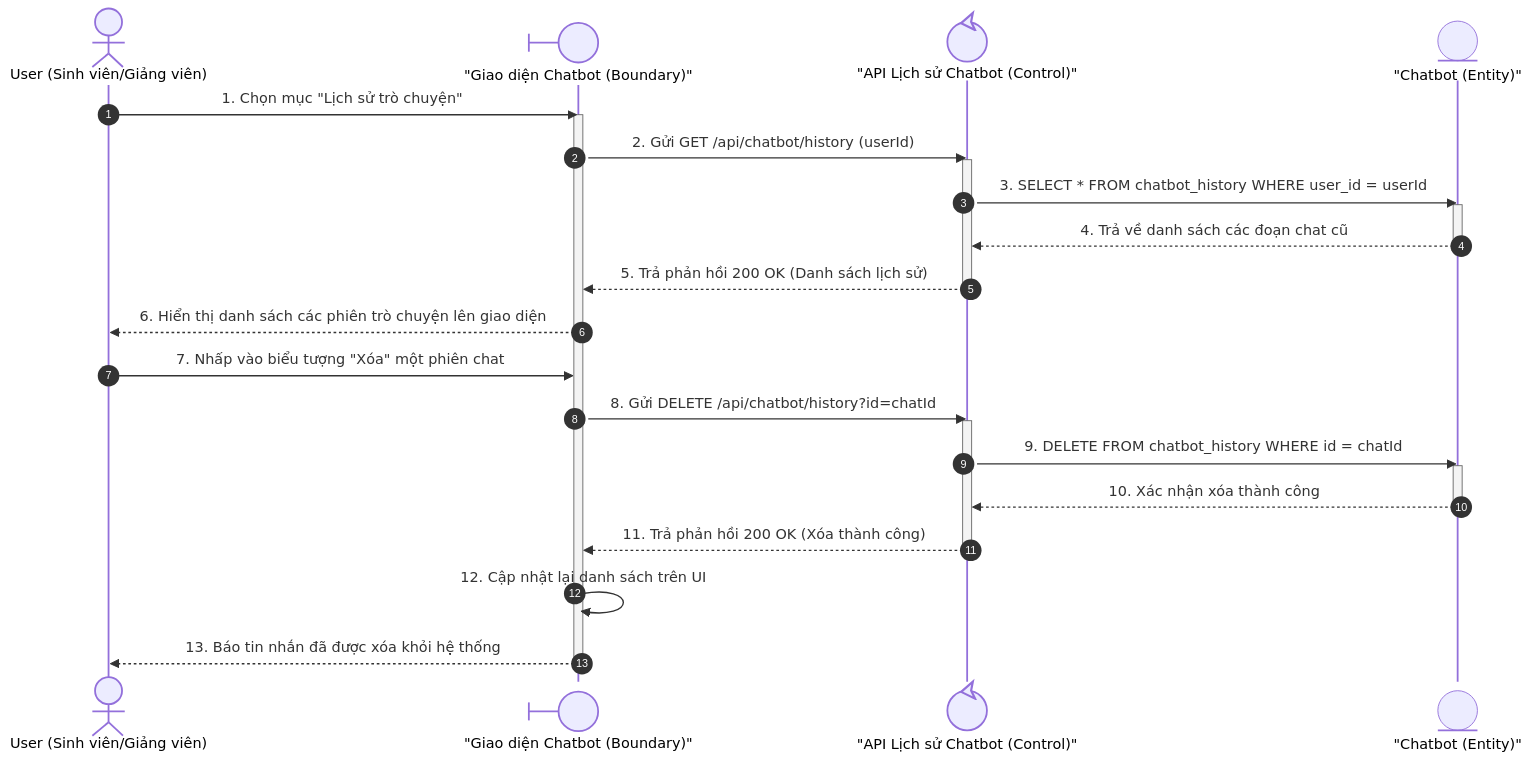
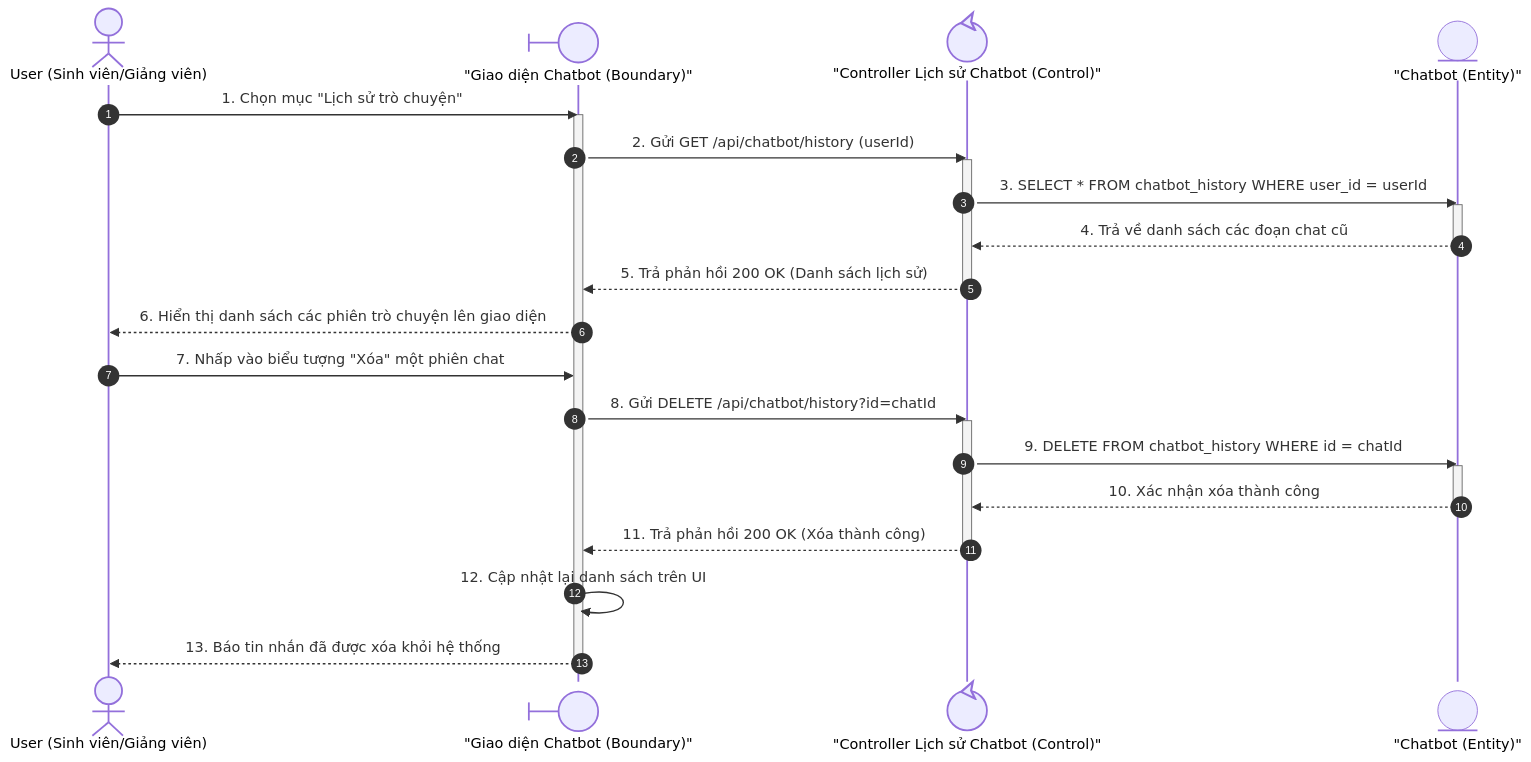
One commit to vietcuong2004/DATN_TLUDOC changed the fifth of 13 diagrams in Cuong_Documents/BaoVeDoAn/Diagram/SequenceDiagrams.md. Above: the diagram before and after it, drawn with Mermaid. The commit also changed other lines of this file and 11 other files, not shown here.

````diff
--- a/Cuong_Documents/BaoVeDoAn/Diagram/SequenceDiagrams.md
+++ b/Cuong_Documents/BaoVeDoAn/Diagram/SequenceDiagrams.md
@@ -192,33 +192,33 @@
 ```mermaid
 sequenceDiagram
     autonumber
     actor User as User (Sinh viên/Giảng viên)
     participant UI@{ "type": "boundary" } as "Giao diện Chatbot (Boundary)"
-    participant Control@{ "type": "control" } as "API Lịch sử Chatbot (Control)"
+    participant Control@{ "type": "control" } as "Controller Lịch sử Chatbot (Control)"
     participant Entity@{ "type": "entity" } as "Chatbot (Entity)"
 
     User->>UI: 1. Chọn mục "Lịch sử trò chuyện"
     activate UI
     UI->>Control: 2. Gửi GET /api/chatbot/history (userId)
     activate Control
     Control->>Entity: 3. SELECT * FROM chatbot_history WHERE user_id = userId
     activate Entity
     Entity-->>Control: 4. Trả về danh sách các đoạn chat cũ
     deactivate Entity
     Control-->>UI: 5. Trả phản hồi 200 OK (Danh sách lịch sử)
     deactivate Control
     UI-->>User: 6. Hiển thị danh sách các phiên trò chuyện lên giao diện
 
     User->>UI: 7. Nhấp vào biểu tượng "Xóa" một phiên chat
     UI->>Control: 8. Gửi DELETE /api/chatbot/history?id=chatId
     activate Control
     Control->>Entity: 9. DELETE FROM chatbot_history WHERE id = chatId
     activate Entity
     Entity-->>Control: 10. Xác nhận xóa thành công
     deactivate Entity
     Control-->>UI: 11. Trả phản hồi 200 OK (Xóa thành công)
     deactivate Control
     UI->>UI: 12. Cập nhật lại danh sách trên UI
     UI-->>User: 13. Báo tin nhắn đã được xóa khỏi hệ thống
     deactivate UI
 ```
````
